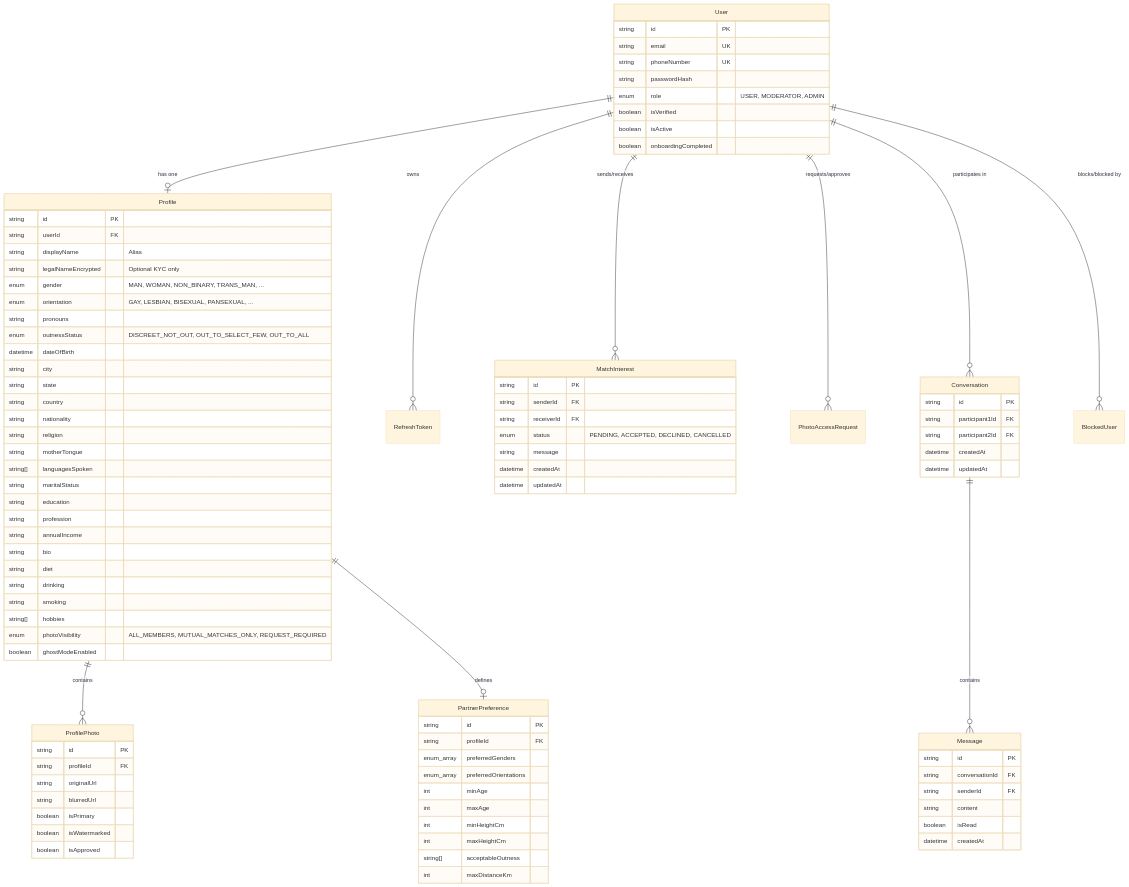
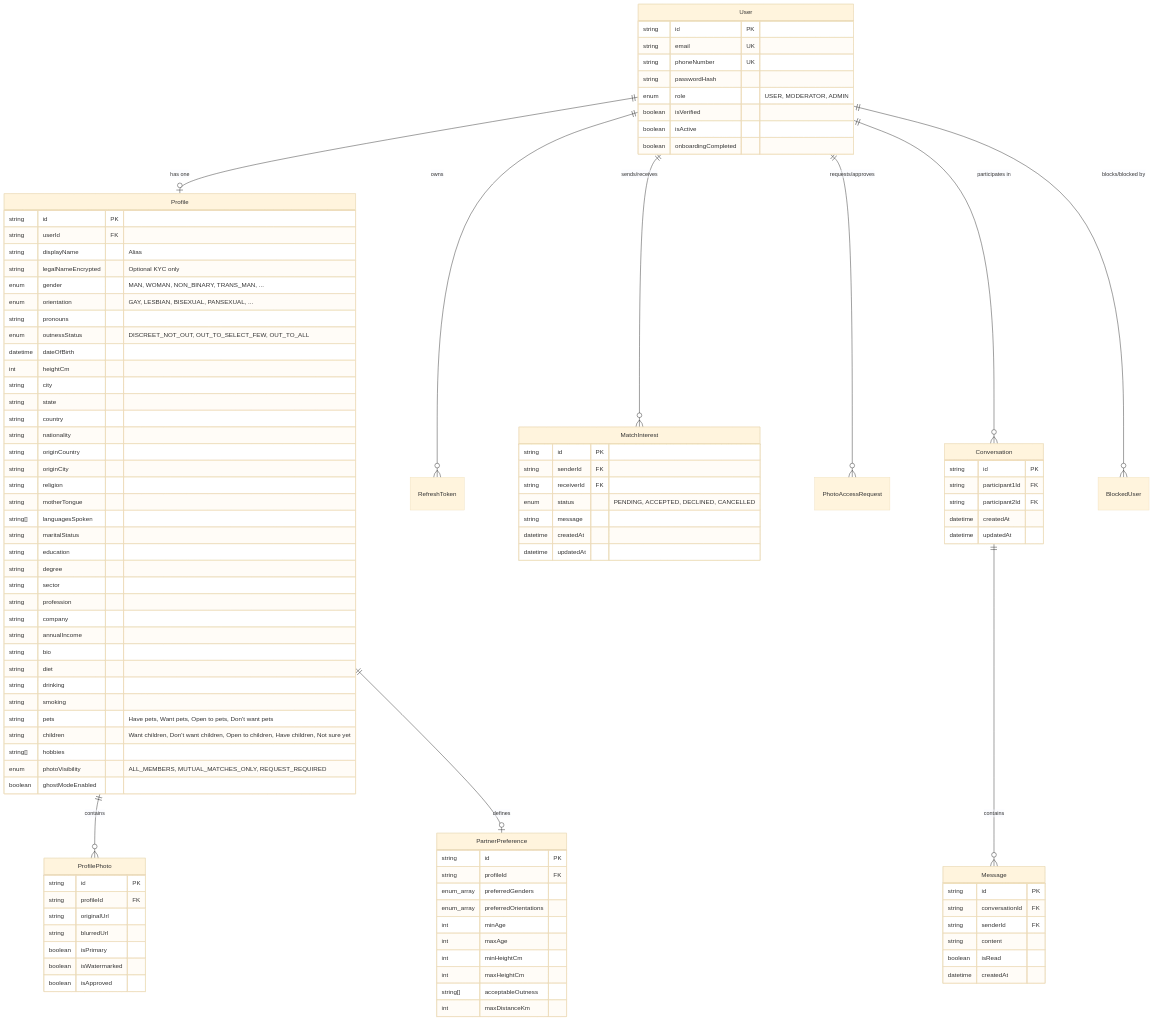
Before and after one commit to it-inbox/LGBTQ-Matrimonial-Platform: the second of 4 diagrams in docs/ARCHITECTURE.md, drawn with Mermaid (base theme). The commit also changed 2 other files, not shown here.

Commit message:
docs: update system architecture and context handoff with profile fields and headers

```diff
--- a/docs/ARCHITECTURE.md
+++ b/docs/ARCHITECTURE.md
@@ -84,21 +84,29 @@
     string pronouns
     enum outnessStatus "DISCREET_NOT_OUT, OUT_TO_SELECT_FEW, OUT_TO_ALL"
     datetime dateOfBirth
+    int heightCm
     string city
     string state
     string country
     string nationality
+    string originCountry
+    string originCity
     string religion
     string motherTongue
     string[] languagesSpoken
     string maritalStatus
     string education
+    string degree
+    string sector
     string profession
+    string company
     string annualIncome
     string bio
     string diet
     string drinking
     string smoking
+    string pets "Have pets, Want pets, Open to pets, Don't want pets"
+    string children "Want children, Don't want children, Open to children, Have children, Not sure yet"
     string[] hobbies
     enum photoVisibility "ALL_MEMBERS, MUTUAL_MATCHES_ONLY, REQUEST_REQUIRED"
     boolean ghostModeEnabled
```
